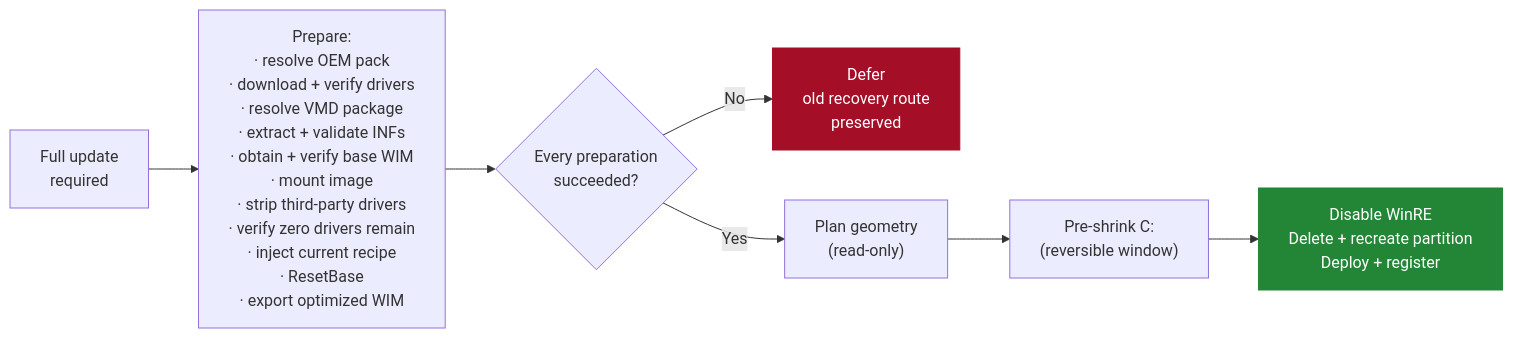
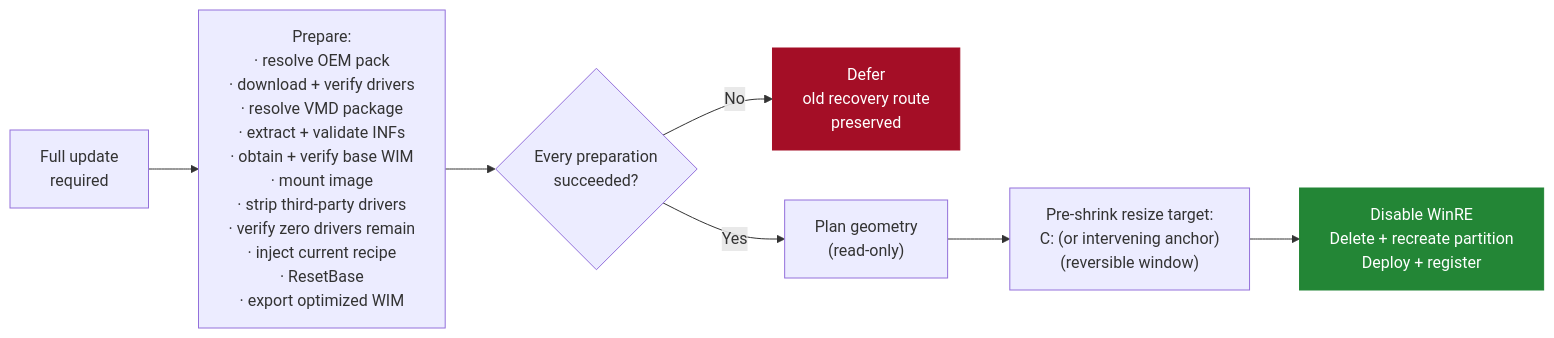
One commit to ArthurJDurand/WinRE-Manager changed the second of 2 diagrams in README.md. Above: the diagram before and after it, drawn with Mermaid. The commit also changed other lines of this file and 19 other files, not shown here.

````diff
--- a/README.md
+++ b/README.md
@@ -230,14 +228,14 @@
 ```mermaid
 flowchart LR
     A["Full update<br/>required"] --> B["Prepare:<br/>· resolve OEM pack<br/>· download + verify drivers<br/>· resolve VMD package<br/>· extract + validate INFs<br/>· obtain + verify base WIM<br/>· mount image<br/>· strip third-party drivers<br/>· verify zero drivers remain<br/>· inject current recipe<br/>· ResetBase<br/>· export optimized WIM"]
 
     B --> C{"Every preparation<br/>succeeded?"}
     C -->|"No"| D["Defer<br/>old recovery route<br/>preserved"]
     C -->|"Yes"| E["Plan geometry<br/>(read-only)"]
 
-    E --> F["Pre-shrink C:<br/>(reversible window)"]
+    E --> F["Pre-shrink resize target:<br/>C: (or intervening anchor)<br/>(reversible window)"]
     F --> G["Disable WinRE<br/>Delete + recreate partition<br/>Deploy + register"]
 
     style D fill:#a40e26,stroke:#a40e26,color:#fff
     style G fill:#238636,stroke:#238636,color:#fff
 ```
````
